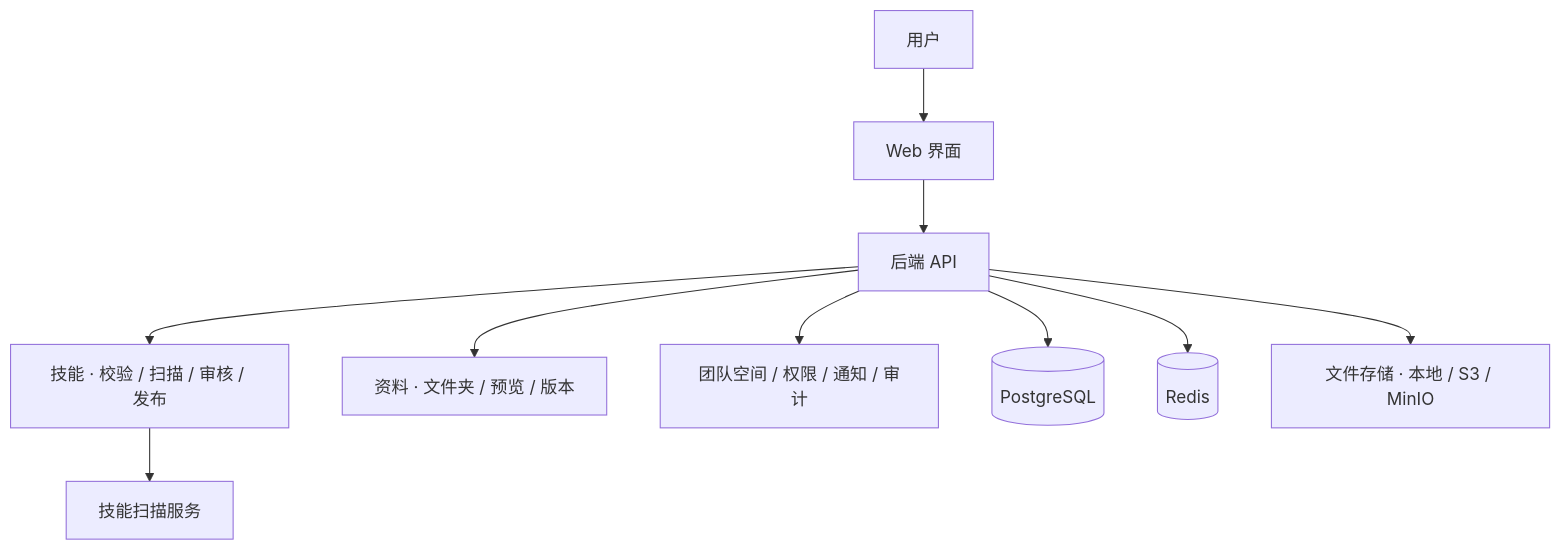
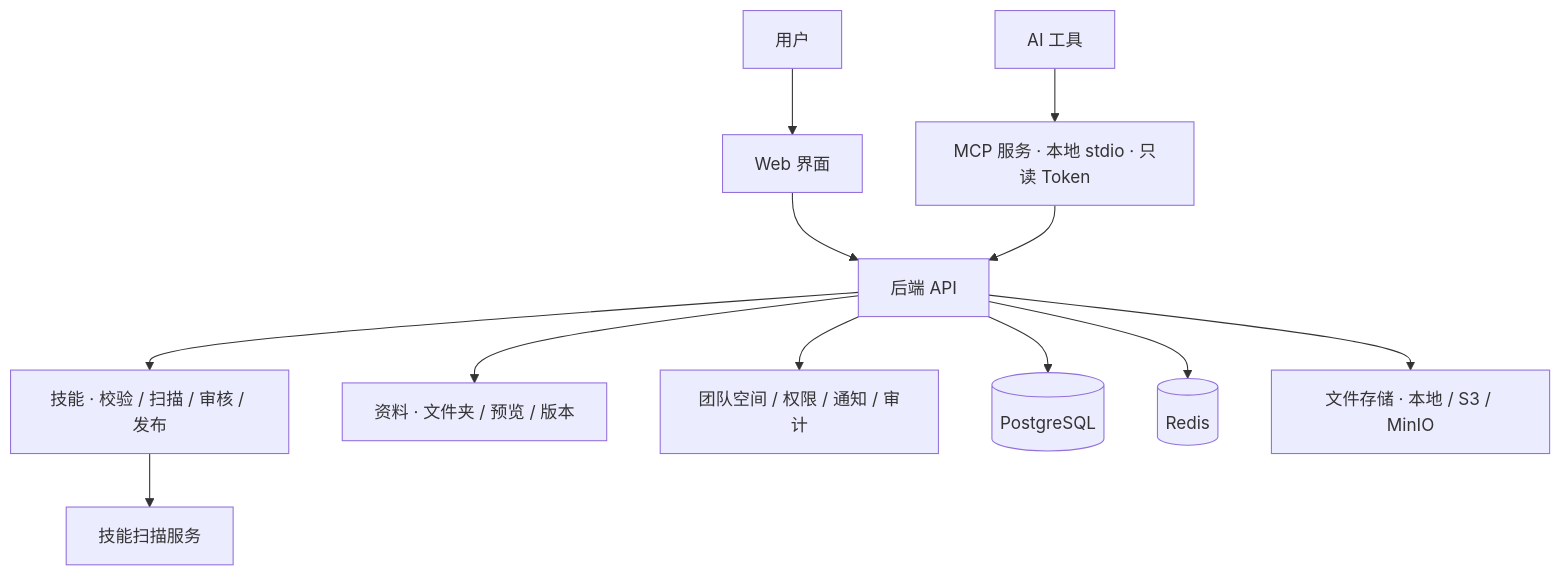
The second of 2 diagrams in README.md (kun001/skillhive), drawn with Mermaid before and after one commit. The commit also changed other lines of this file and 1 other file, not shown here.

First line of the commit message:
docs: feature MCP access in the README

````diff
--- a/README.md
+++ b/README.md
@@ -211,12 +250,13 @@
 ```mermaid
 flowchart TB
     User[用户] --> Web[Web 界面]
     Web --> API[后端 API]
+    AI[AI 工具] --> MCP[MCP 服务 · 本地 stdio · 只读 Token] --> API
     API --> Skill[技能 · 校验 / 扫描 / 审核 / 发布]
     API --> Knowledge[资料 · 文件夹 / 预览 / 版本]
     API --> Governance[团队空间 / 权限 / 通知 / 审计]
     Skill --> Scanner[技能扫描服务]
     API --> DB[(PostgreSQL)]
     API --> Redis[(Redis)]
     API --> Storage[文件存储 · 本地 / S3 / MinIO]
 ```
````
